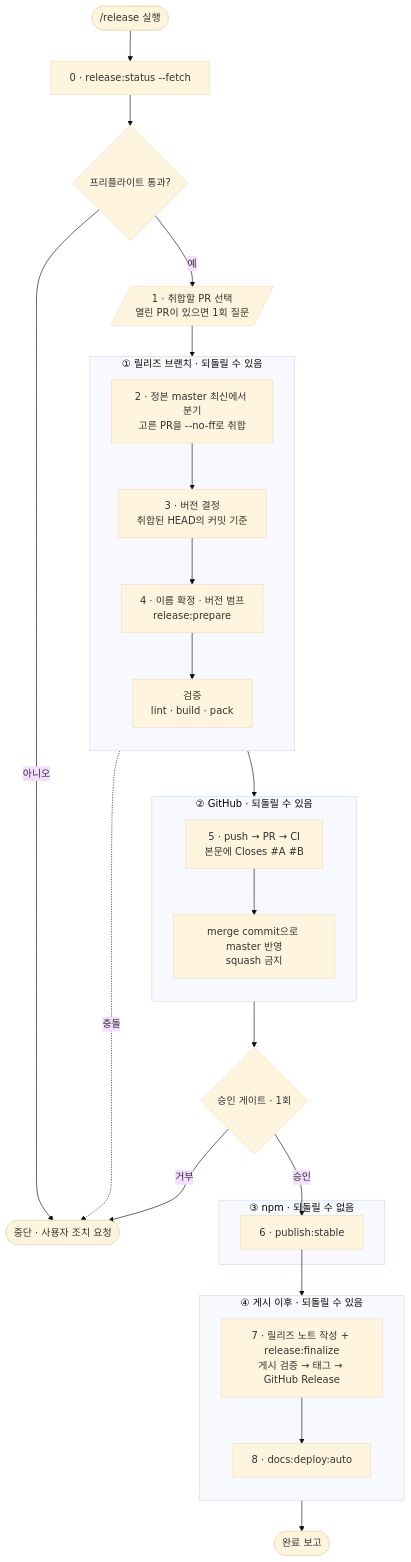
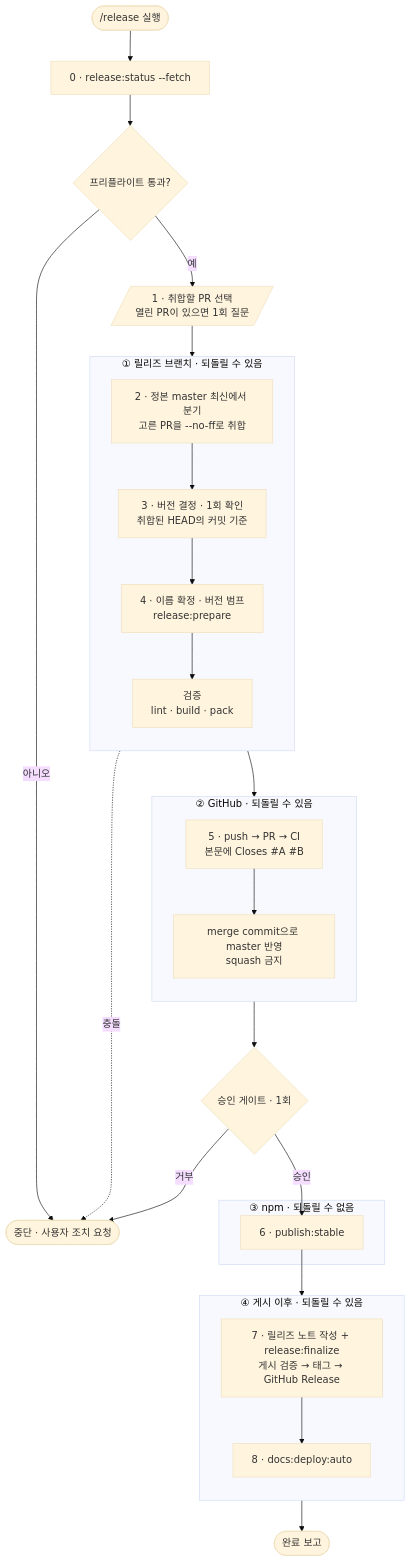
One commit to naver/egjs-flicking changed the first of 3 diagrams in dev-guide/PUBLISH_GUIDE.md. Above: the diagram before and after it, drawn with Mermaid (base theme). The commit also changed other lines of this file and 2 other files, not shown here.

First line of the commit message:
fix(release): bump 인자 제거, 3단계 버전 확인 상시화

````diff
--- a/dev-guide/PUBLISH_GUIDE.md
+++ b/dev-guide/PUBLISH_GUIDE.md
@@ -102,39 +102,39 @@
 ```mermaid
 flowchart TD
     A([/release 실행]) --> B["0 · release:status --fetch"]
     B --> G1{"프리플라이트 통과?"}
     G1 -->|아니오| STOP([중단 · 사용자 조치 요청])
     G1 -->|예| S1
 
     S1[/"1 · 취합할 PR 선택<br/>열린 PR이 있으면 1회 질문"/] --> S2
 
     subgraph BR["① 릴리즈 브랜치 · 되돌릴 수 있음"]
         direction TB
-        S2["2 · 정본 master 최신에서 분기<br/>고른 PR을 --no-ff로 취합"] --> S3["3 · 버전 결정<br/>취합된 HEAD의 커밋 기준"] --> S4["4 · 이름 확정 · 버전 범프<br/>release:prepare"] --> S4V["검증<br/>lint · build · pack"]
+        S2["2 · 정본 master 최신에서 분기<br/>고른 PR을 --no-ff로 취합"] --> S3["3 · 버전 결정 · 1회 확인<br/>취합된 HEAD의 커밋 기준"] --> S4["4 · 이름 확정 · 버전 범프<br/>release:prepare"] --> S4V["검증<br/>lint · build · pack"]
     end
 
     S2 -.->|충돌| STOP
     S4V --> S5
 
     subgraph GH["② GitHub · 되돌릴 수 있음"]
         direction TB
         S5["5 · push → PR → CI<br/>본문에 Closes #A #B"] --> S5M["merge commit으로 master 반영<br/>squash 금지"]
     end
 
     S5M --> G2{"승인 게이트 · 1회"}
     G2 -->|거부| STOP
     G2 -->|승인| S6
 
     subgraph NPMZ["③ npm · 되돌릴 수 없음"]
         S6["6 · publish:stable"]
     end
 
     S6 --> S7
 
     subgraph POST["④ 게시 이후 · 되돌릴 수 있음"]
         direction TB
         S7["7 · 릴리즈 노트 작성 + release:finalize<br/>게시 검증 → 태그 → GitHub Release"] --> S8["8 · docs:deploy:auto"]
     end
 
     S8 --> DONE([완료 보고])
 ```
````
